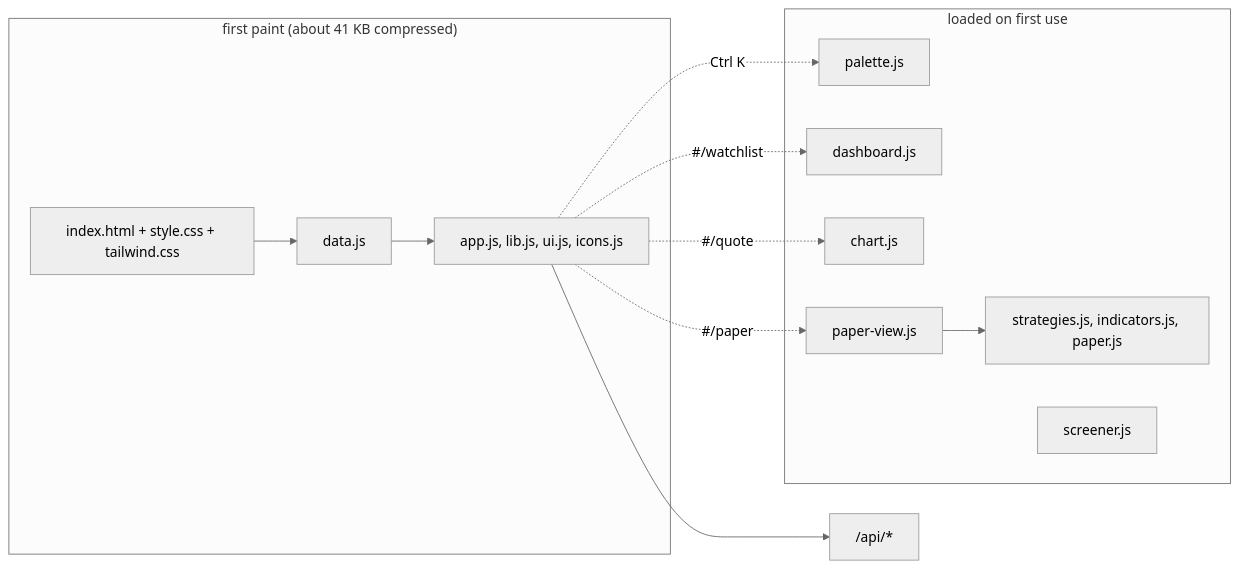
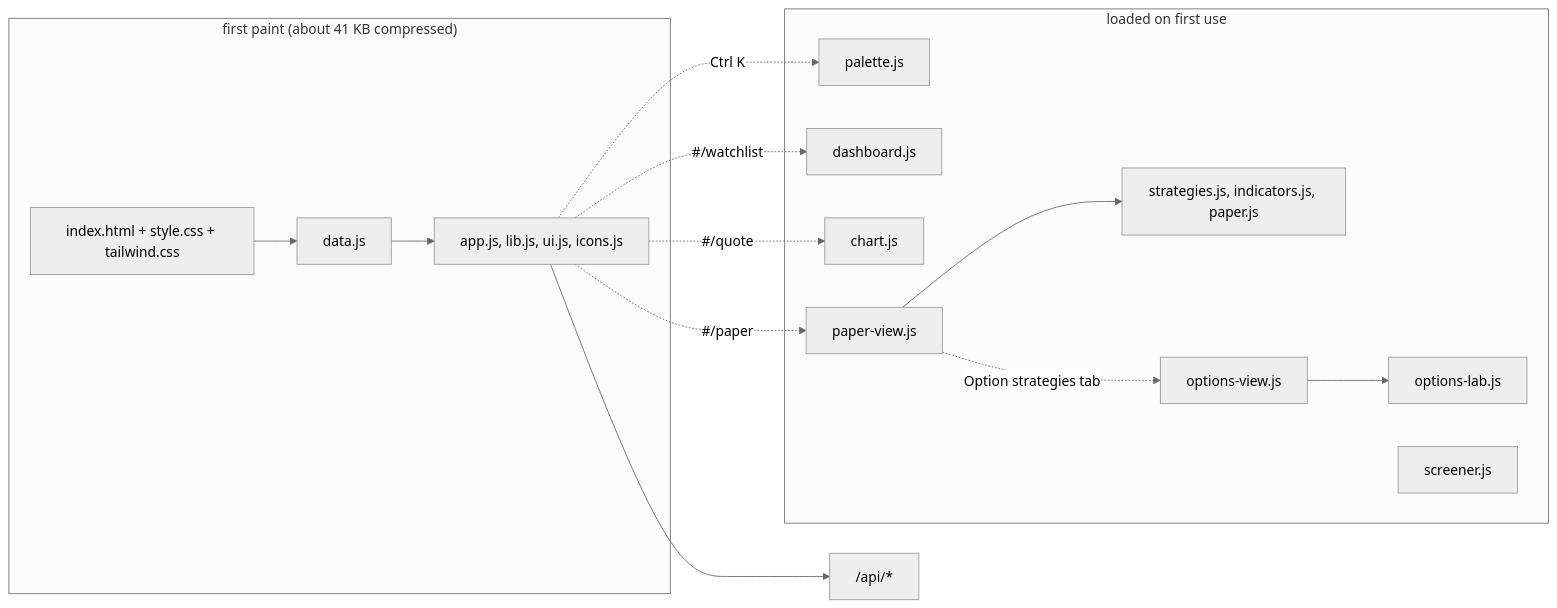
Before and after one commit to akash-8991/rea_marketwatch_app: the third of 3 diagrams in docs/ARCHITECTURE.md, drawn with Mermaid (neutral theme). The commit also changed 23 other files, not shown here.

First line of the commit message:
Paper trading: 37 stock and technical strategies and 41 option strategies built from the real chain

````diff
--- a/docs/ARCHITECTURE.md
+++ b/docs/ARCHITECTURE.md
@@ -93,14 +93,14 @@
 ```mermaid
 flowchart LR
   subgraph Eager["first paint (about 41 KB compressed)"]
     A[index.html + style.css + tailwind.css] --> B[data.js] --> C[app.js, lib.js, ui.js, icons.js]
   end
   subgraph Lazy["loaded on first use"]
-    P[palette.js] ; D[dashboard.js] ; H[chart.js] ; Pp[paper-view.js] --> S[strategies.js, indicators.js, paper.js] ; Sc[screener.js]
+    P[palette.js] ; D[dashboard.js] ; H[chart.js] ; Pp[paper-view.js] --> S[strategies.js, indicators.js, paper.js] ; Pp -. "Option strategies tab" .-> Ov[options-view.js] --> Ol[options-lab.js] ; Sc[screener.js]
   end
   C -. "Ctrl K" .-> P
   C -. "#/watchlist" .-> D
   C -. "#/quote" .-> H
   C -. "#/paper" .-> Pp
   C --> API["/api/*"]
 ```
````
